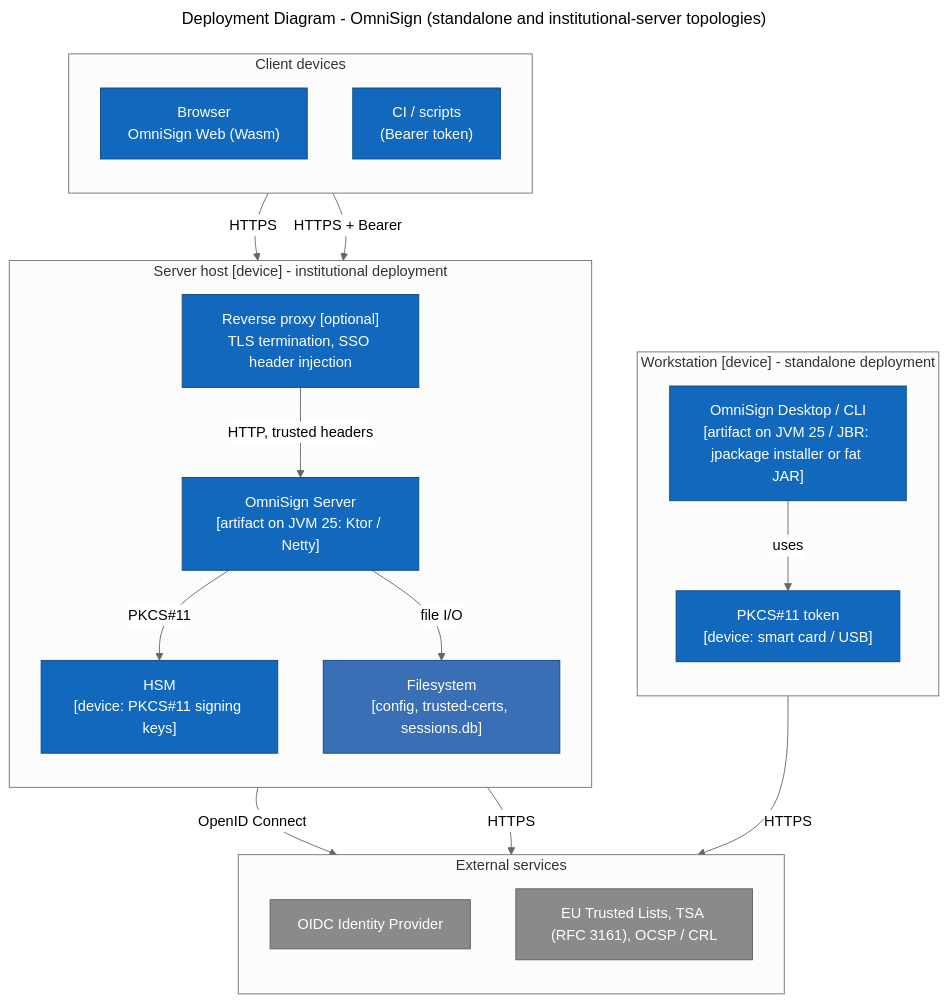
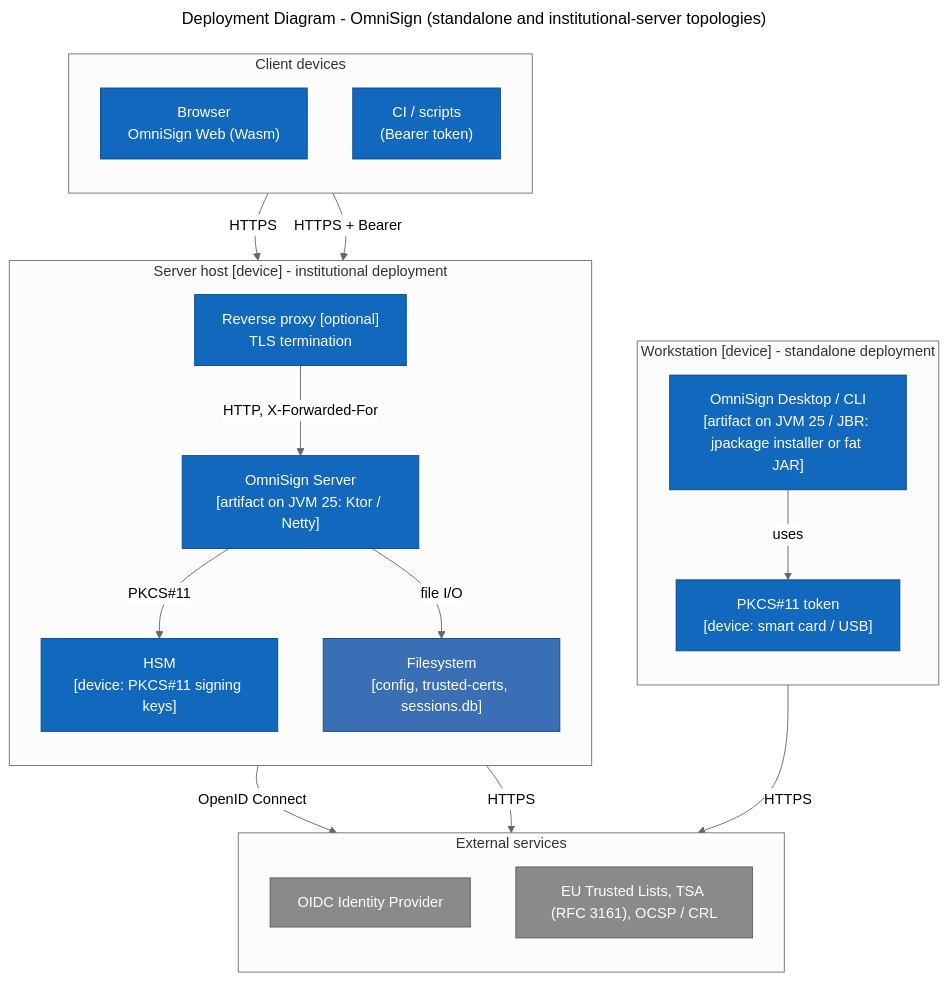
The diagram in docs/diagrams/08-deployment.mmd (pizavo/omnisign), drawn with Mermaid (neutral theme) before and after one commit. The commit also changed 24 other files, not shown here.

First line of the commit message:
refactor(auth): drop the header-injection SSO provider mode

```diff
--- a/docs/diagrams/08-deployment.mmd
+++ b/docs/diagrams/08-deployment.mmd
@@ -1,46 +1,46 @@
 ---
 title: Deployment Diagram - OmniSign (standalone and institutional-server topologies)
 ---
 flowchart TB
   subgraph workstation["Workstation  [device] - standalone deployment"]
     direction TB
     desktop["OmniSign Desktop / CLI<br/>[artifact on JVM 25 / JBR: jpackage installer or fat JAR]"]
     token["PKCS#11 token<br/>[device: smart card / USB]"]
     desktop -->|uses| token
   end
 
   subgraph clients["Client devices"]
     direction TB
     browser["Browser<br/>OmniSign Web (Wasm)"]
     scripts["CI / scripts<br/>(Bearer token)"]
   end
 
   subgraph serverhost["Server host  [device] - institutional deployment"]
     direction TB
-    rp["Reverse proxy [optional]<br/>TLS termination, SSO header injection"]
+    rp["Reverse proxy [optional]<br/>TLS termination"]
     server["OmniSign Server<br/>[artifact on JVM 25: Ktor / Netty]"]
     hsm["HSM<br/>[device: PKCS#11 signing keys]"]
     fsnode["Filesystem<br/>[config, trusted-certs, sessions.db]"]
-    rp -->|"HTTP, trusted headers"| server
+    rp -->|"HTTP, X-Forwarded-For"| server
     server -->|PKCS#11| hsm
     server -->|file I/O| fsnode
   end
 
   subgraph external["External services"]
     direction TB
     idp["OIDC Identity Provider"]
     pki["EU Trusted Lists, TSA (RFC 3161), OCSP / CRL"]
   end
 
   desktop -->|HTTPS| pki
   browser -->|HTTPS| rp
   scripts -->|HTTPS + Bearer| rp
   server -->|OpenID Connect| idp
   server -->|HTTPS| pki
 
   classDef dev fill:#1168bd,stroke:#0b4884,color:#ffffff
   classDef store fill:#3b6fb5,stroke:#0b4884,color:#ffffff
   classDef ext fill:#8a8a8a,stroke:#5f5f5f,color:#ffffff
   class desktop,server,browser,scripts,rp,token,hsm dev
   class fsnode store
   class idp,pki ext
```
